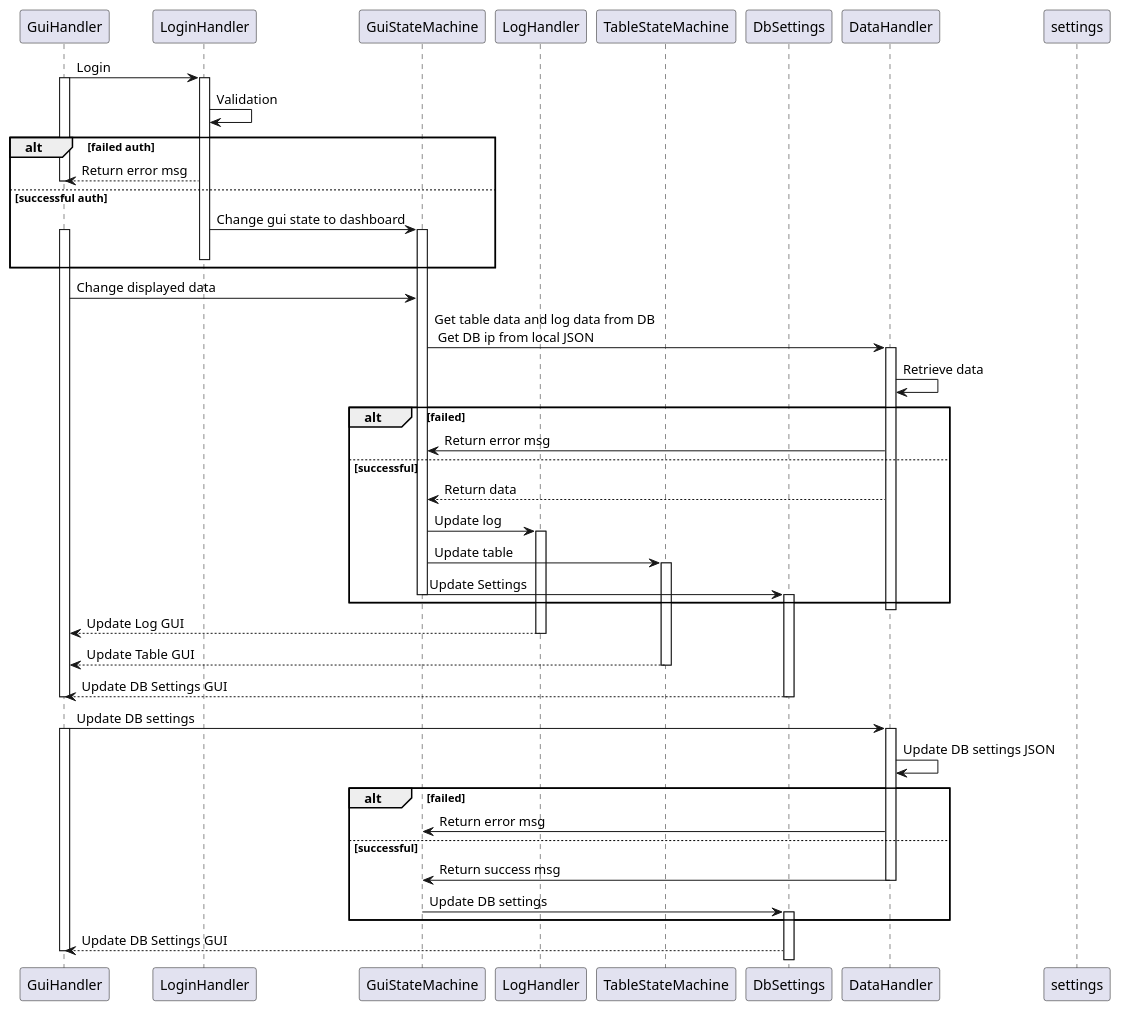
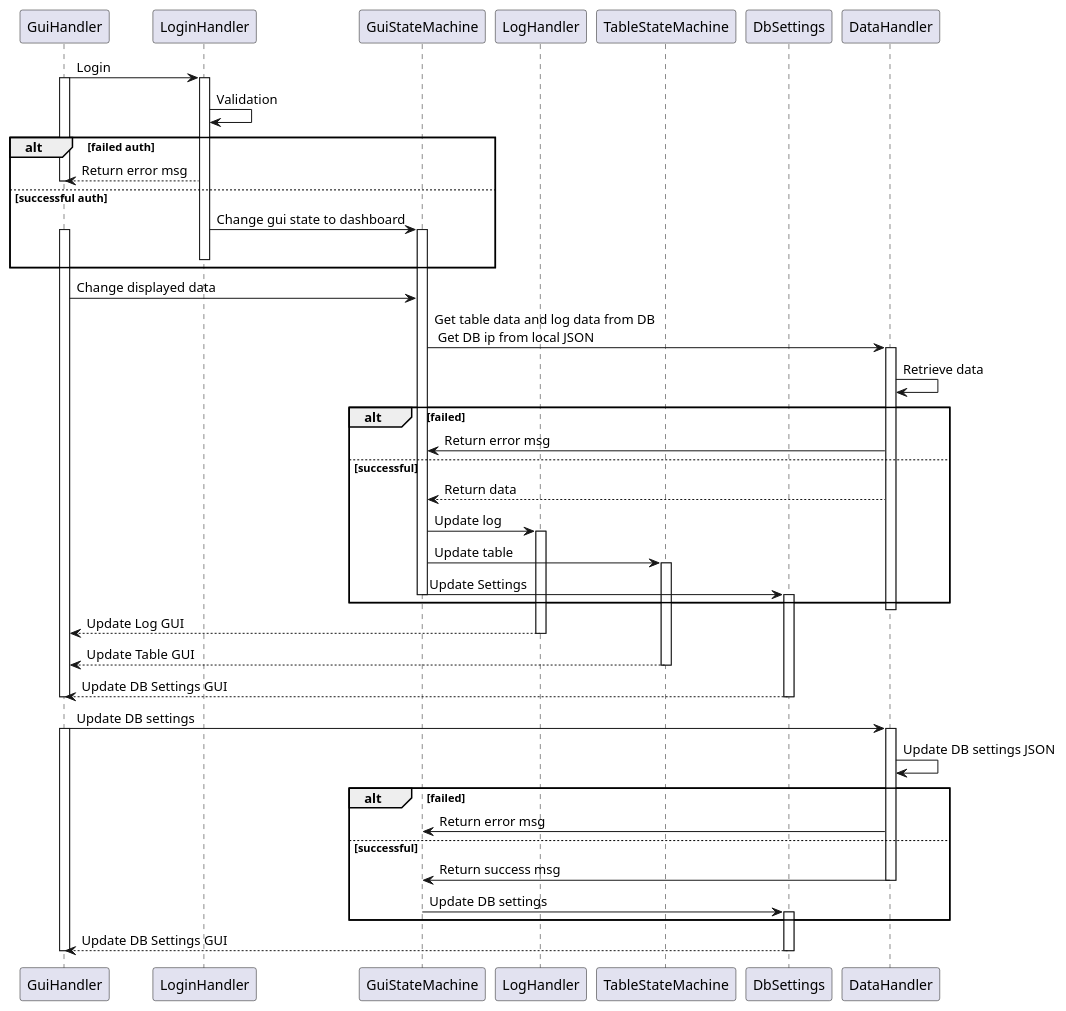
The diagram in dokumentation/diagrammer/(Admin) Sequence.puml (nick6480/Eksamensprojekt-2024), drawn with PlantUML before and after one commit.

Commit message:
fixed typo in admin sequence diagram

```diff
--- a/dokumentation/diagrammer/(Admin) Sequence.puml
+++ b/dokumentation/diagrammer/(Admin) Sequence.puml
@@ -1,90 +1,90 @@
 @startuml Admin Sequence
 
 ' Define participants
 participant GuiHandler as Gui
 participant LoginHandler as Login
 participant GuiStateMachine as GuiState
 
 participant LogHandler as Log
 participant TableStateMachine as Table
 participant DbSettings as Settings
 participant DataHandler as Data
 
 ' Define interactions and conditions
 
 
 Gui -> Login : Login
 activate Gui
 activate Login
 Login -> Login : Validation
 
 alt failed auth
     Login --> Gui : Return error msg
     deactivate Gui
 else successful auth
     Login -> GuiState : Change gui state to dashboard
     activate GuiState
     activate Gui
     deactivate Login
 end
 
 
 
 Gui -> GuiState : Change displayed data
 
 GuiState -> Data : Get table data and log data from DB \n Get DB ip from local JSON
 activate Data
 
 Data -> Data : Retrieve data
 alt failed
     Data -> GuiState : Return error msg
 
 else successful
     
 
     Data --> GuiState : Return data
     GuiState -> Log : Update log
     activate Log
 
     GuiState -> Table : Update table
     activate Table
 
     GuiState -> Settings : Update Settings
     deactivate GuiState
     activate Settings
 end
 deactivate Data
 
 
 Log --> Gui : Update Log GUI
 deactivate Log
 
 
 Table --> Gui : Update Table GUI
 deactivate Table
 
 
 
 Settings --> Gui : Update DB Settings GUI
 deactivate Settings
 deactivate Gui
 
 Gui -> Data : Update DB settings
 activate Gui
 activate Data
 
 Data -> Data: Update DB settings JSON
 
 alt failed
     Data -> GuiState : Return error msg
     
 else successful
     Data -> GuiState : Return success msg
     deactivate Data
     GuiState -> Settings : Update DB settings
     activate Settings
 end
 Settings --> Gui : Update DB Settings GUI
-deactivate settings
+deactivate Settings
 deactivate Gui
 @enduml
```
